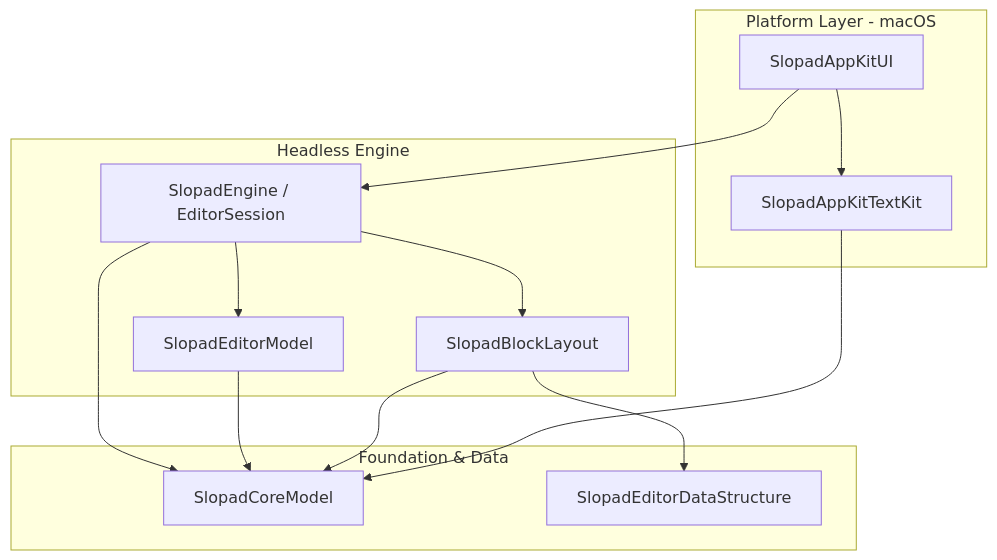
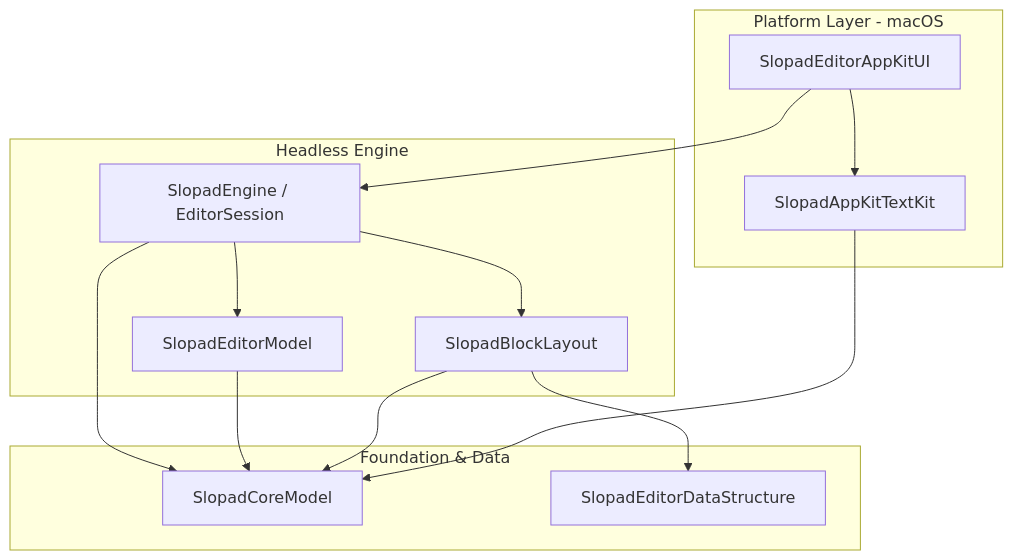
One commit to hot666666/SlopadEditor changed the diagram in ADR/0002-swiftpm-target-graph.md. Above: the diagram before and after it, drawn with Mermaid. The commit also changed other lines of this file and 64 other files, not shown here.

First line of the commit message:
refactor: rename SlopadAppKitUI to SlopadEditorAppKitUI

````diff
--- a/ADR/0002-swiftpm-target-graph.md
+++ b/ADR/0002-swiftpm-target-graph.md
@@ -17,28 +17,28 @@
 ```mermaid
 flowchart TB
     subgraph Platform["Platform Layer - macOS"]
-        AppKitUI["SlopadAppKitUI"]
+        AppKitUI["SlopadEditorAppKitUI"]
         AppKitTextKit["SlopadAppKitTextKit"]
     end
 
     subgraph Headless["Headless Engine"]
         Engine["SlopadEngine / EditorSession"]
         EditorModel["SlopadEditorModel"]
         BlockLayout["SlopadBlockLayout"]
     end
 
     subgraph Foundation["Foundation & Data"]
         CoreModel["SlopadCoreModel"]
         DataStructure["SlopadEditorDataStructure"]
     end
 
     AppKitUI --> Engine
     AppKitUI --> AppKitTextKit
     Engine --> CoreModel
     Engine --> EditorModel
     Engine --> BlockLayout
     EditorModel --> CoreModel
     BlockLayout --> CoreModel
     BlockLayout --> DataStructure
     AppKitTextKit --> CoreModel
 ```
````
